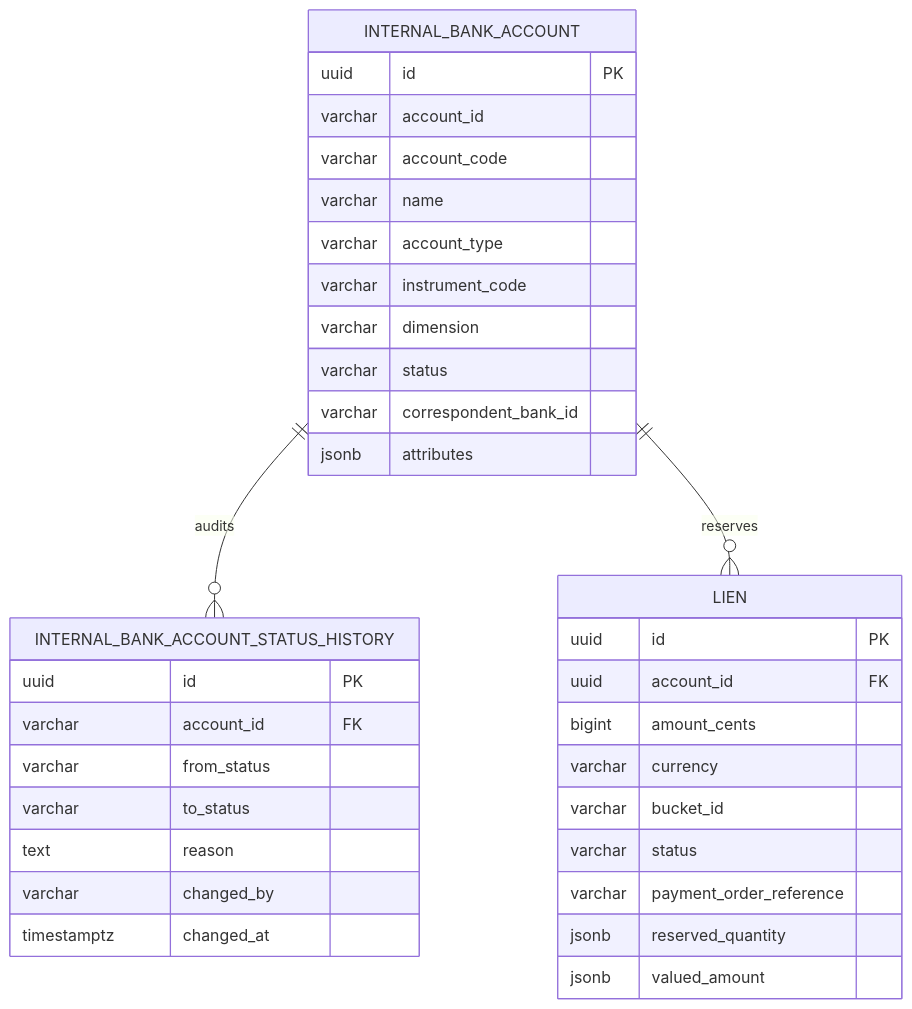
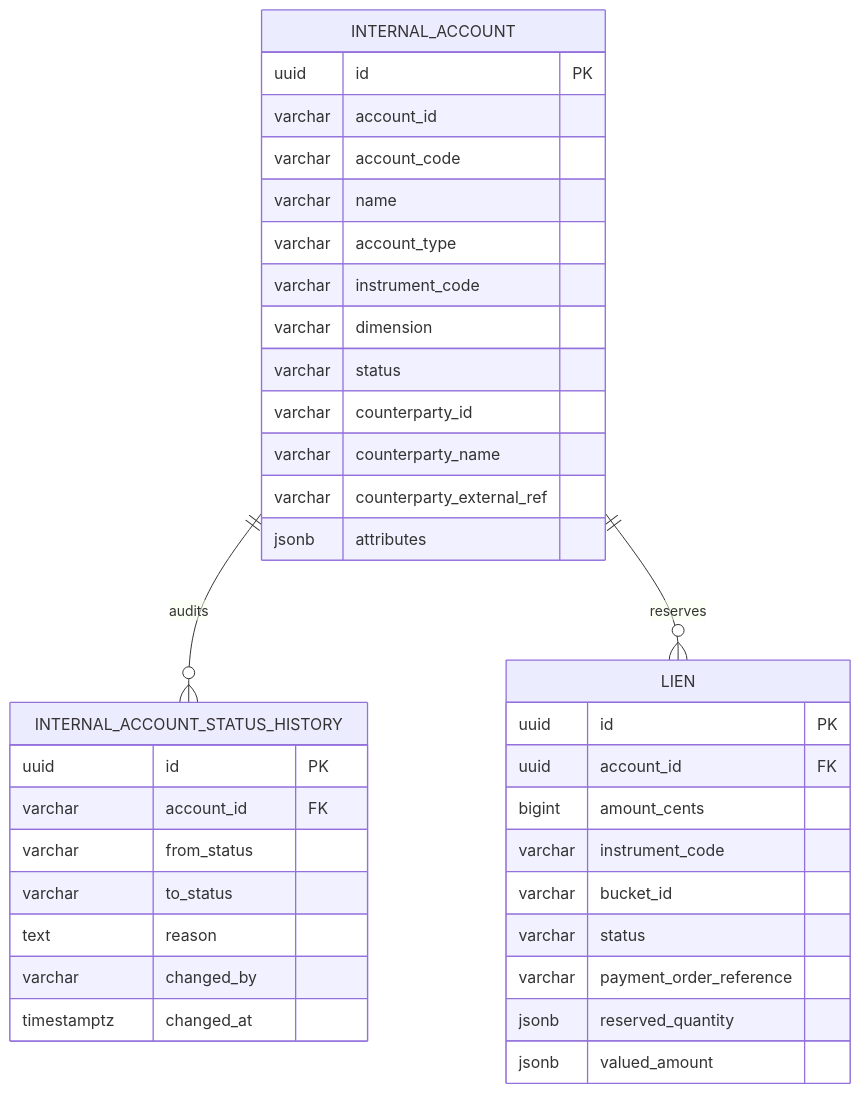
The fifth of 13 diagrams in docs/architecture/data-model.md (meridianhub/meridian), drawn with Mermaid before and after one commit. The commit also changed other lines of this file, not shown here.

First line of the commit message:
docs: Apply internal-account rename + fix cross-service flow labels

````diff
--- a/docs/architecture/data-model.md
+++ b/docs/architecture/data-model.md
@@ -485,37 +487,39 @@
 ```mermaid
 erDiagram
-    INTERNAL_BANK_ACCOUNT ||--o{ INTERNAL_BANK_ACCOUNT_STATUS_HISTORY : audits
-    INTERNAL_BANK_ACCOUNT ||--o{ LIEN : reserves
-    INTERNAL_BANK_ACCOUNT {
+    INTERNAL_ACCOUNT ||--o{ INTERNAL_ACCOUNT_STATUS_HISTORY : audits
+    INTERNAL_ACCOUNT ||--o{ LIEN : reserves
+    INTERNAL_ACCOUNT {
         uuid id PK
         varchar account_id
         varchar account_code
         varchar name
         varchar account_type
         varchar instrument_code
         varchar dimension
         varchar status
-        varchar correspondent_bank_id
+        varchar counterparty_id
+        varchar counterparty_name
+        varchar counterparty_external_ref
         jsonb attributes
     }
-    INTERNAL_BANK_ACCOUNT_STATUS_HISTORY {
+    INTERNAL_ACCOUNT_STATUS_HISTORY {
         uuid id PK
         varchar account_id FK
         varchar from_status
         varchar to_status
         text reason
         varchar changed_by
         timestamptz changed_at
     }
     LIEN {
         uuid id PK
         uuid account_id FK
         bigint amount_cents
-        varchar currency
+        varchar instrument_code
         varchar bucket_id
         varchar status
         varchar payment_order_reference
         jsonb reserved_quantity
         jsonb valued_amount
     }
 ```
````
